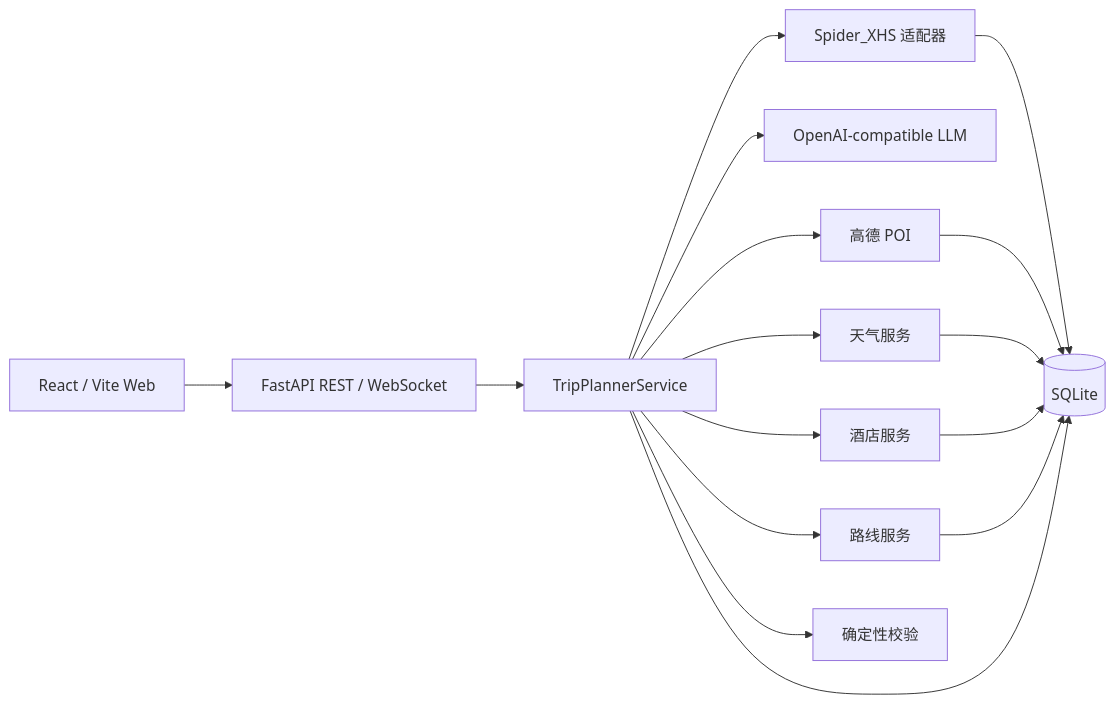
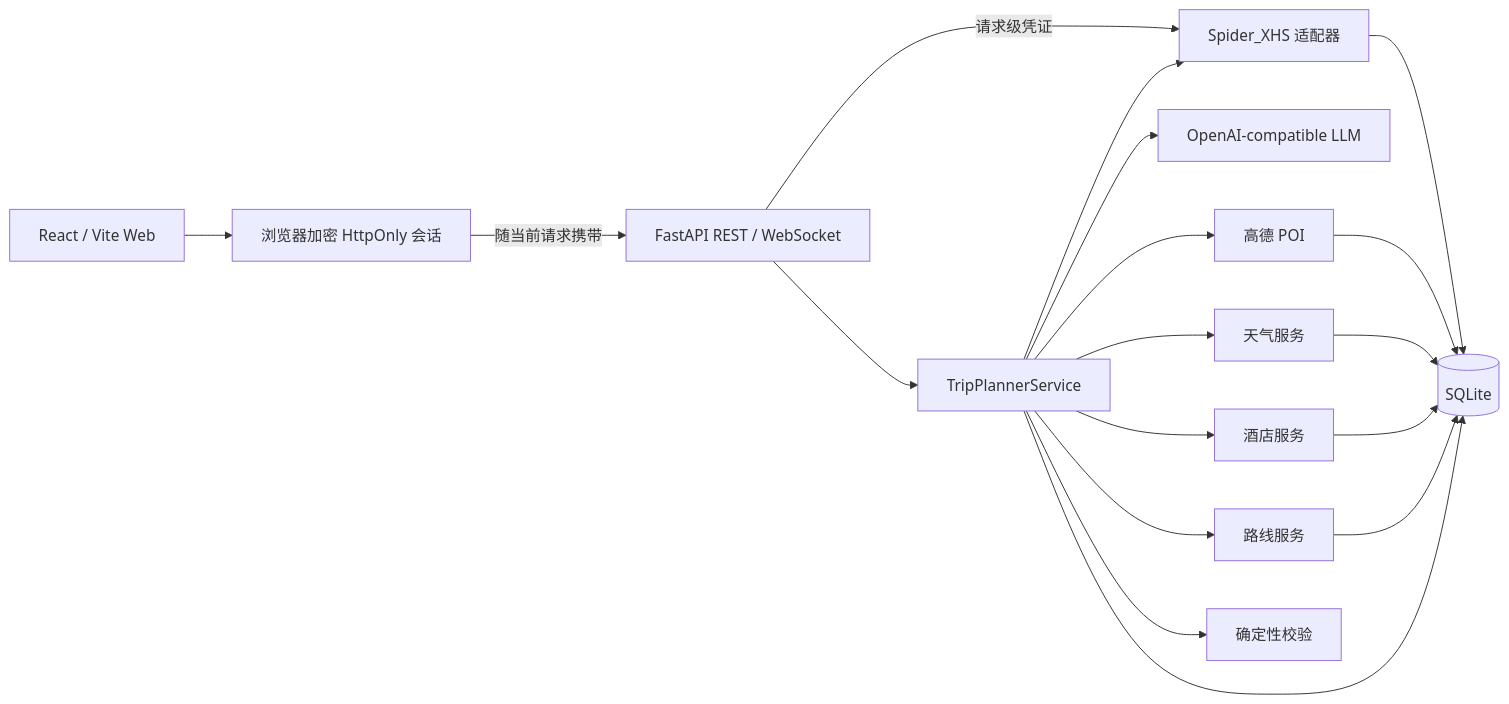
Before and after one commit to dolt-y/TravelMind-AI: the second of 2 diagrams in README.md, drawn with Mermaid. The commit also changed other lines of this file and 69 other files, not shown here.

````diff
--- a/README.md
+++ b/README.md
@@ -263,18 +268,20 @@
 ```mermaid
 flowchart LR
-    UI["React / Vite Web"] --> API["FastAPI REST / WebSocket"]
+    UI["React / Vite Web"] --> SESSION["浏览器加密 HttpOnly 会话"]
+    SESSION -->|"随当前请求携带"| API["FastAPI REST / WebSocket"]
     API --> ORCH["TripPlannerService"]
-    ORCH --> XHS["Spider_XHS 适配器"]
+    API -->|"请求级凭证"| XHS["Spider_XHS 适配器"]
+    ORCH --> XHS
     ORCH --> LLM["OpenAI-compatible LLM"]
     ORCH --> POI["高德 POI"]
     ORCH --> WEATHER["天气服务"]
     ORCH --> HOTEL["酒店服务"]
     ORCH --> ROUTE["路线服务"]
     ORCH --> VALIDATE["确定性校验"]
     XHS --> DB[("SQLite")]
     POI --> DB
     WEATHER --> DB
     HOTEL --> DB
     ROUTE --> DB
     ORCH --> DB
 ```
````
